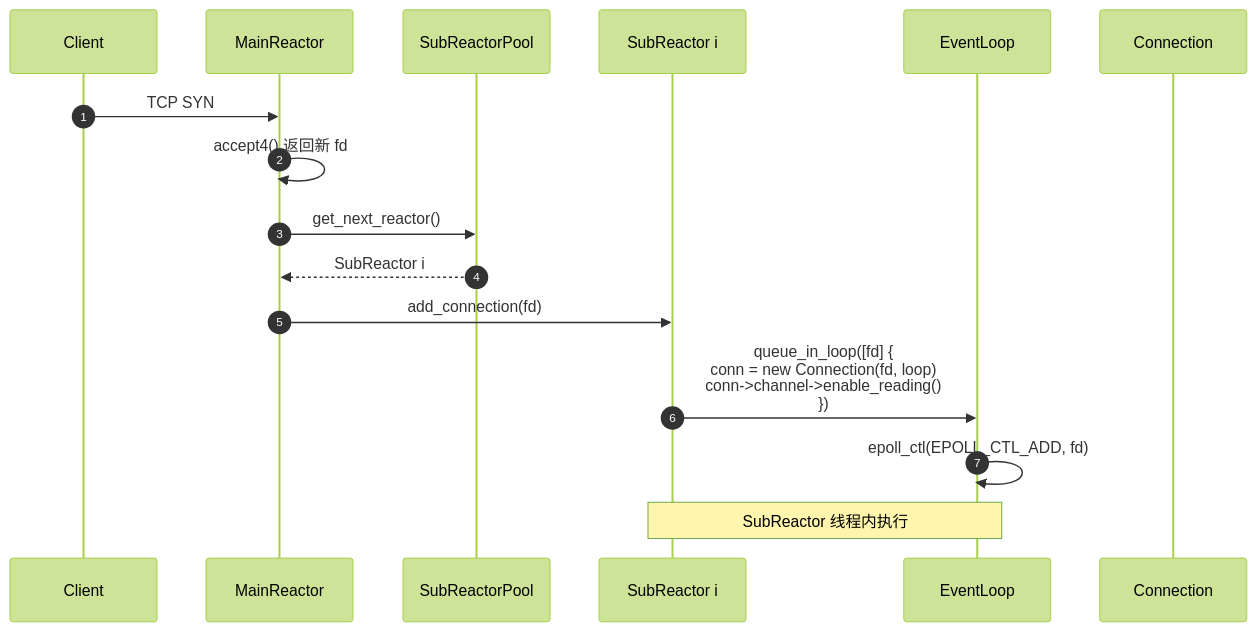
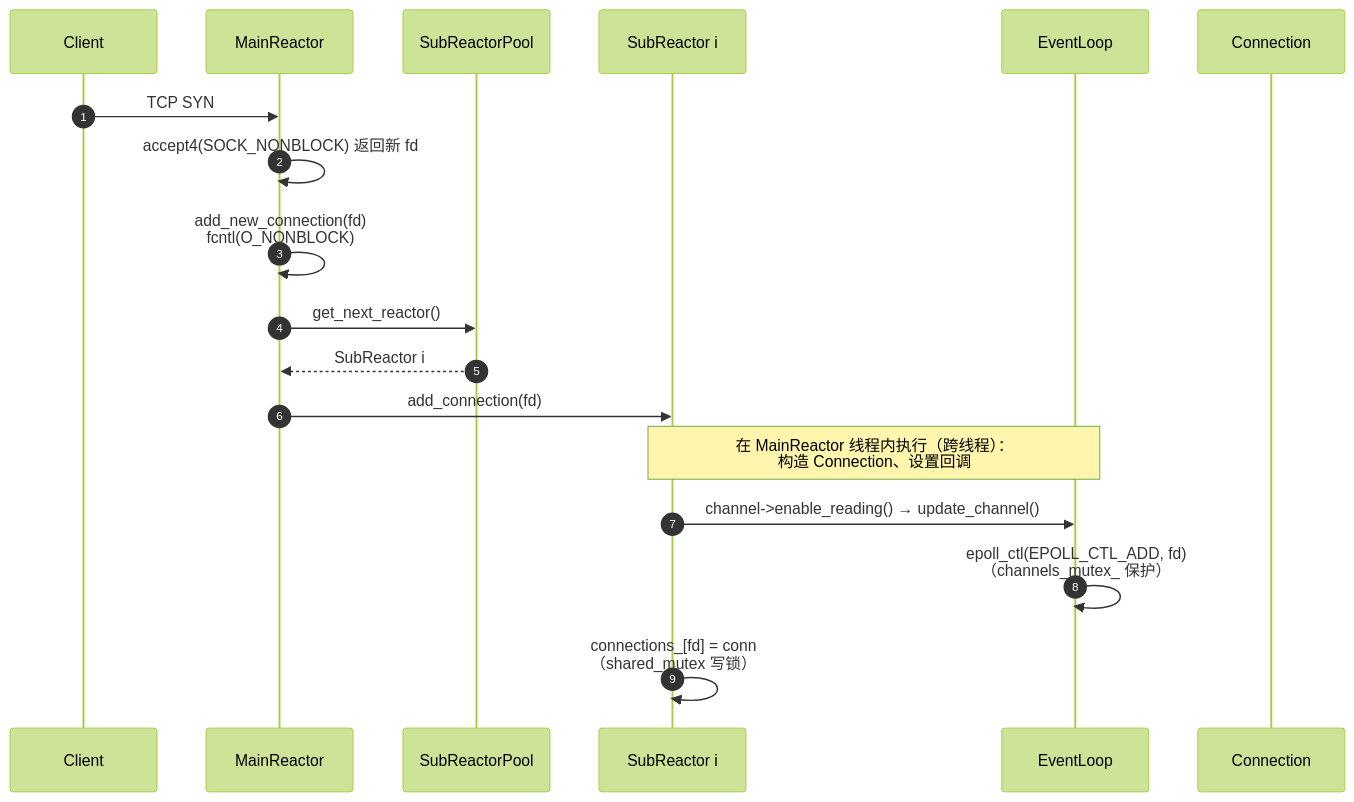
One commit to zimingttkx/ConcurrentCache changed the second of 5 diagrams in docs/architecture/network.md. Above: the diagram before and after it, drawn with Mermaid (forest theme). The commit also changed other lines of this file and 9 other files, not shown here.

````diff
--- a/docs/architecture/network.md
+++ b/docs/architecture/network.md
@@ -231,19 +287,21 @@
 ```mermaid
 sequenceDiagram
     autonumber
     participant C as Client
     participant MR as MainReactor
     participant SRP as SubReactorPool
     participant SR as SubReactor i
     participant EL as EventLoop
     participant CON as Connection
 
     C->>MR: TCP SYN
-    MR->>MR: accept4() 返回新 fd
+    MR->>MR: accept4(SOCK_NONBLOCK) 返回新 fd
+    MR->>MR: add_new_connection(fd)<br/>fcntl(O_NONBLOCK)
     MR->>SRP: get_next_reactor()
     SRP-->>MR: SubReactor i
     MR->>SR: add_connection(fd)
-    SR->>EL: queue_in_loop([fd] {<br/>  conn = new Connection(fd, loop)<br/>  conn->channel->enable_reading()<br/>})
-    EL->>EL: epoll_ctl(EPOLL_CTL_ADD, fd)
-    Note over SR,EL: SubReactor 线程内执行
+    Note over SR,EL: 在 MainReactor 线程内执行（跨线程）：<br/>构造 Connection、设置回调
+    SR->>EL: channel->enable_reading() → update_channel()
+    EL->>EL: epoll_ctl(EPOLL_CTL_ADD, fd)<br/>（channels_mutex_ 保护）
+    SR->>SR: connections_[fd] = conn<br/>（shared_mutex 写锁）
 ```
````
